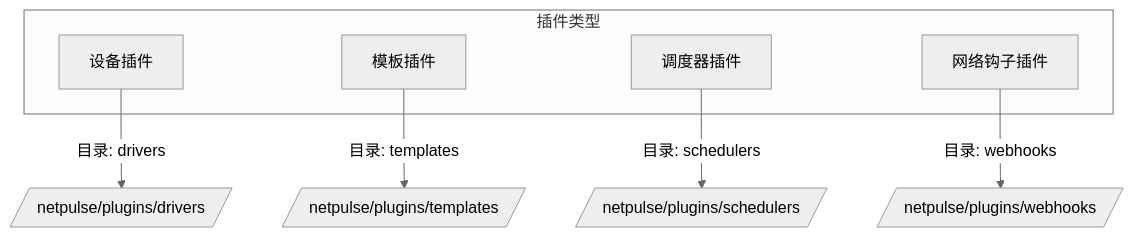
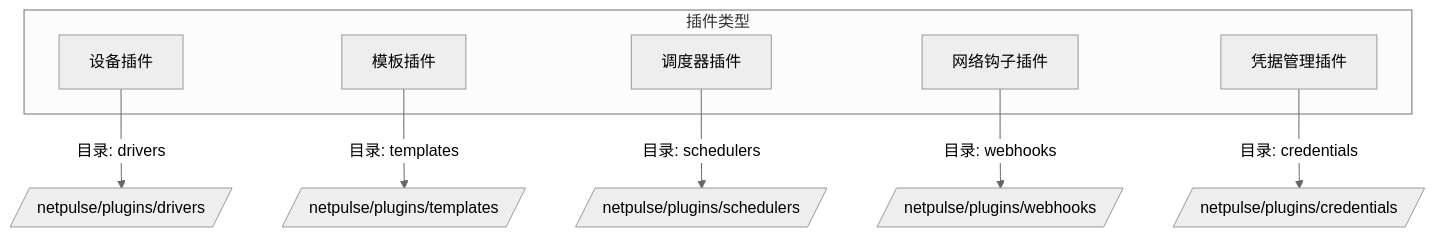
One commit to scitix/netpulse changed the second of 3 diagrams in docs/zh/architecture/plugin-system.md. Above: the diagram before and after it, drawn with Mermaid (neutral theme). The commit also changed other lines of this file and 68 other files, not shown here.

````diff
--- a/docs/zh/architecture/plugin-system.md
+++ b/docs/zh/architecture/plugin-system.md
@@ -59,13 +64,15 @@
 ```mermaid
 graph TD
     subgraph 插件类型
         Driver[设备插件]
         Template[模板插件]
         Scheduler[调度器插件]
         WebHook[网络钩子插件]
+        Credential[凭据管理插件]
     end
     Driver -->|目录: drivers| DriverDir[/netpulse/plugins/drivers/]
     Template -->|目录: templates| TemplateDir[/netpulse/plugins/templates/]
     Scheduler -->|目录: schedulers| SchedulerDir[/netpulse/plugins/schedulers/]
     WebHook -->|目录: webhooks| WebHookDir[/netpulse/plugins/webhooks/]
+    Credential -->|目录: credentials| CredentialDir[/netpulse/plugins/credentials/]
 ```
````
